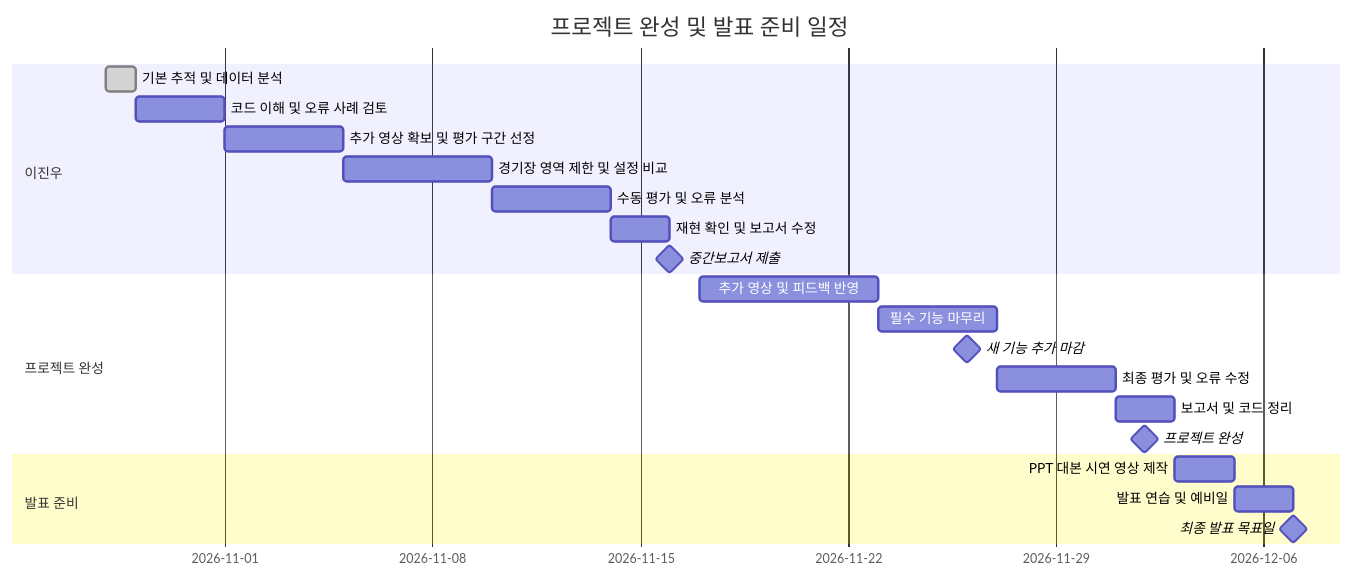
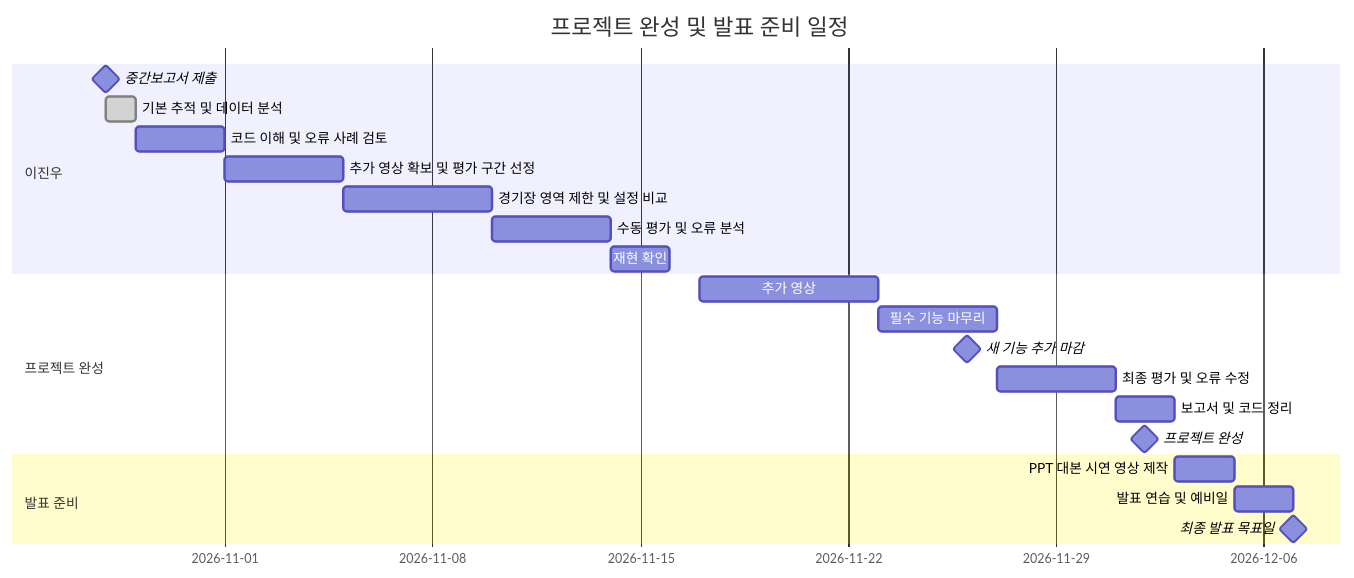
The second of 2 diagrams in football_midterm/mid_report (2).md (ljw-0108/computer-vision-project), drawn with Mermaid before and after one commit.

Commit message:
Update project timeline and task descriptions

````diff
--- a/football_midterm/mid_report (2).md
+++ b/football_midterm/mid_report (2).md
@@ -243,25 +243,25 @@
 ```mermaid
 gantt
     title 프로젝트 완성 및 발표 준비 일정
     dateFormat YYYY-MM-DD
     section 이진우
+    중간보고서 제출 :milestone, 2026-10-28, 0d
     기본 추적 및 데이터 분석 :done, a1, 2026-10-28, 1d
     코드 이해 및 오류 사례 검토 :a2, 2026-10-29, 3d
     추가 영상 확보 및 평가 구간 선정 :a3, 2026-11-01, 4d
     경기장 영역 제한 및 설정 비교 :a4, 2026-11-05, 5d
     수동 평가 및 오류 분석 :a5, 2026-11-10, 4d
-    재현 확인 및 보고서 수정 :a6, 2026-11-14, 2d
-    중간보고서 제출 :milestone, 2026-11-16, 0d
+    재현 확인 :a6, 2026-11-14, 2d
     section 프로젝트 완성
-    추가 영상 및 피드백 반영 :b1, 2026-11-17, 6d
+    추가 영상  :b1, 2026-11-17, 6d
     필수 기능 마무리 :b2, 2026-11-23, 4d
     새 기능 추가 마감 :milestone, 2026-11-26, 0d
     최종 평가 및 오류 수정 :b3, 2026-11-27, 4d
     보고서 및 코드 정리 :b4, 2026-12-01, 2d
     프로젝트 완성 :milestone, 2026-12-02, 0d
     section 발표 준비
     PPT 대본 시연 영상 제작 :c1, 2026-12-03, 2d
     발표 연습 및 예비일 :c2, 2026-12-05, 2d
     최종 발표 목표일 :milestone, 2026-12-07, 0d
 
 ```
````
